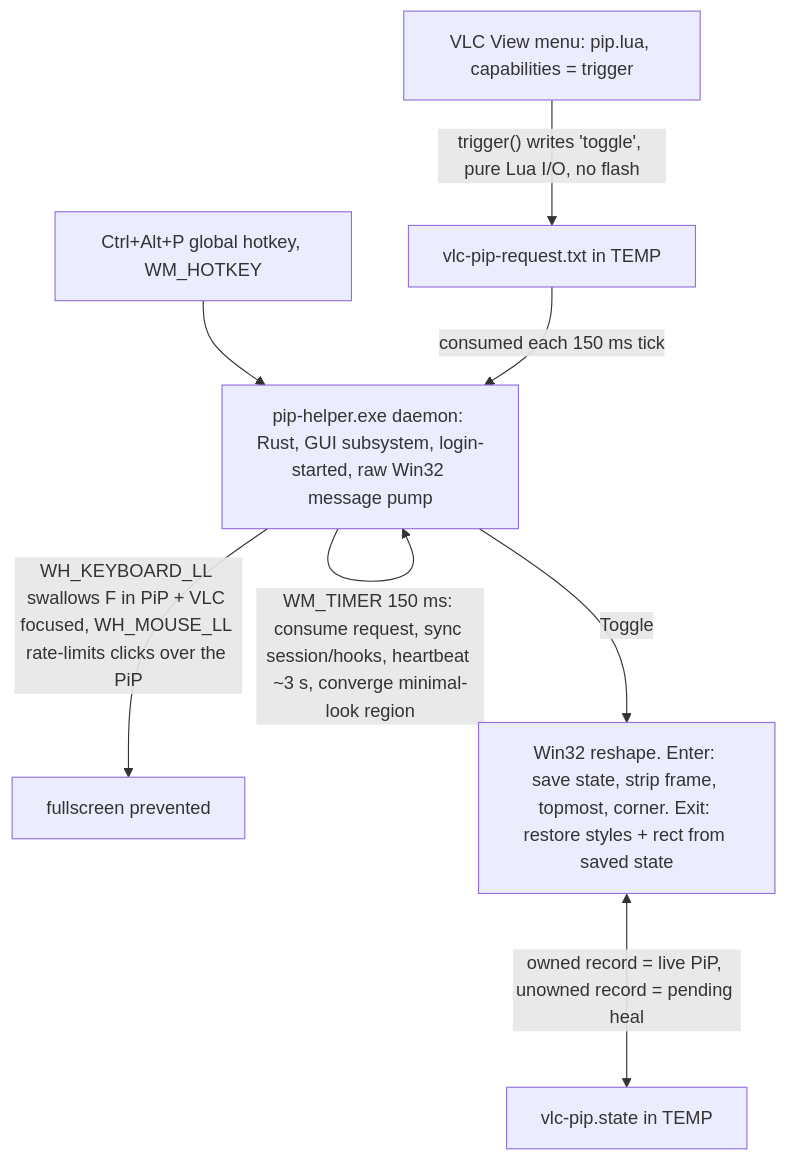
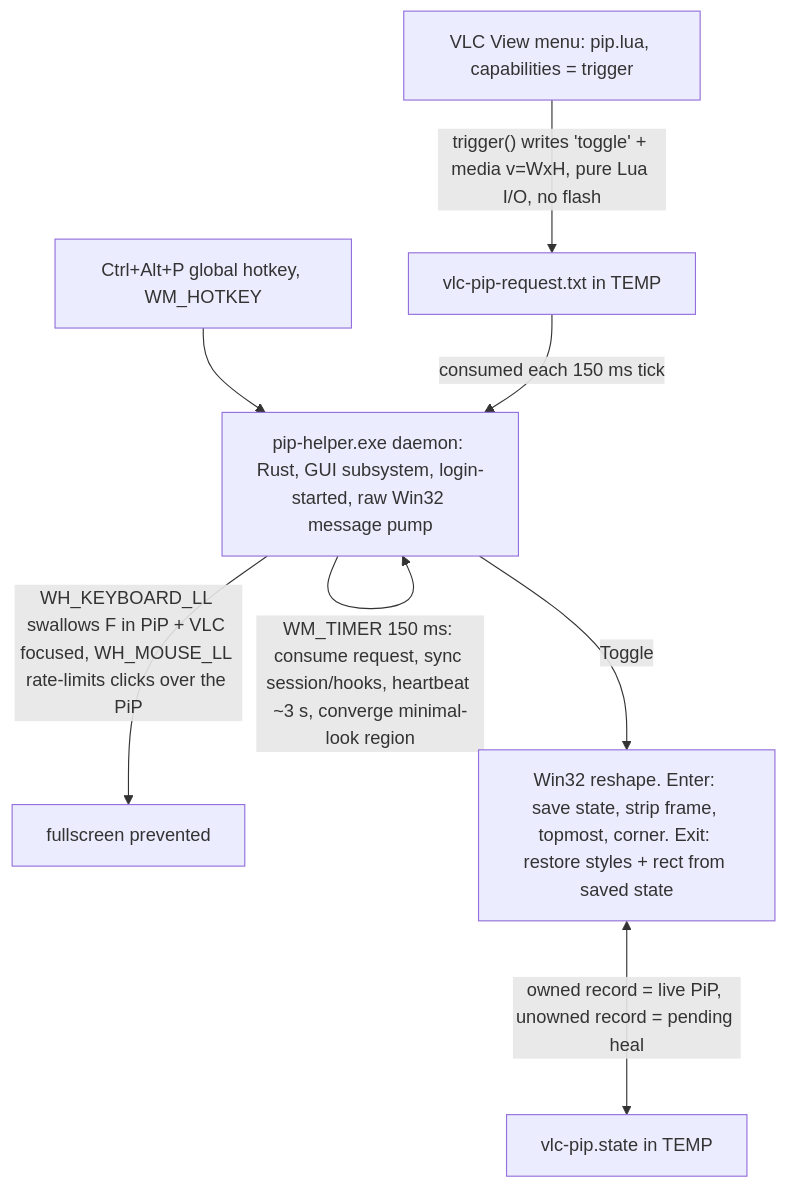
Before and after one commit to Bug-Finderr/vlc-pip: the diagram in docs/SPEC.md, drawn with Mermaid. The commit also changed other lines of this file and 7 other files, not shown here.

````diff
--- a/docs/SPEC.md
+++ b/docs/SPEC.md
@@ -61,10 +61,10 @@
 ```mermaid
 flowchart TD
-    MENU["VLC View menu: pip.lua, capabilities = trigger"] -- "trigger() writes 'toggle', pure Lua I/O, no flash" --> REQ["vlc-pip-request.txt in TEMP"]
+    MENU["VLC View menu: pip.lua, capabilities = trigger"] -- "trigger() writes 'toggle' + media v=WxH, pure Lua I/O, no flash" --> REQ["vlc-pip-request.txt in TEMP"]
     HK["Ctrl+Alt+P global hotkey, WM_HOTKEY"] --> D
     REQ -- "consumed each 150 ms tick" --> D["pip-helper.exe daemon: Rust, GUI subsystem, login-started, raw Win32 message pump"]
     D -- "WM_TIMER 150 ms: consume request, sync session/hooks, heartbeat ~3 s, converge minimal-look region" --> D
     D -- "WH_KEYBOARD_LL swallows F in PiP + VLC focused, WH_MOUSE_LL rate-limits clicks over the PiP" --> FS["fullscreen prevented"]
     D -- "Toggle" --> WIN["Win32 reshape. Enter: save state, strip frame, topmost, corner. Exit: restore styles + rect from saved state"]
     WIN <-- "owned record = live PiP, unowned record = pending heal" --> STATE["vlc-pip.state in TEMP"]
 ```
````
